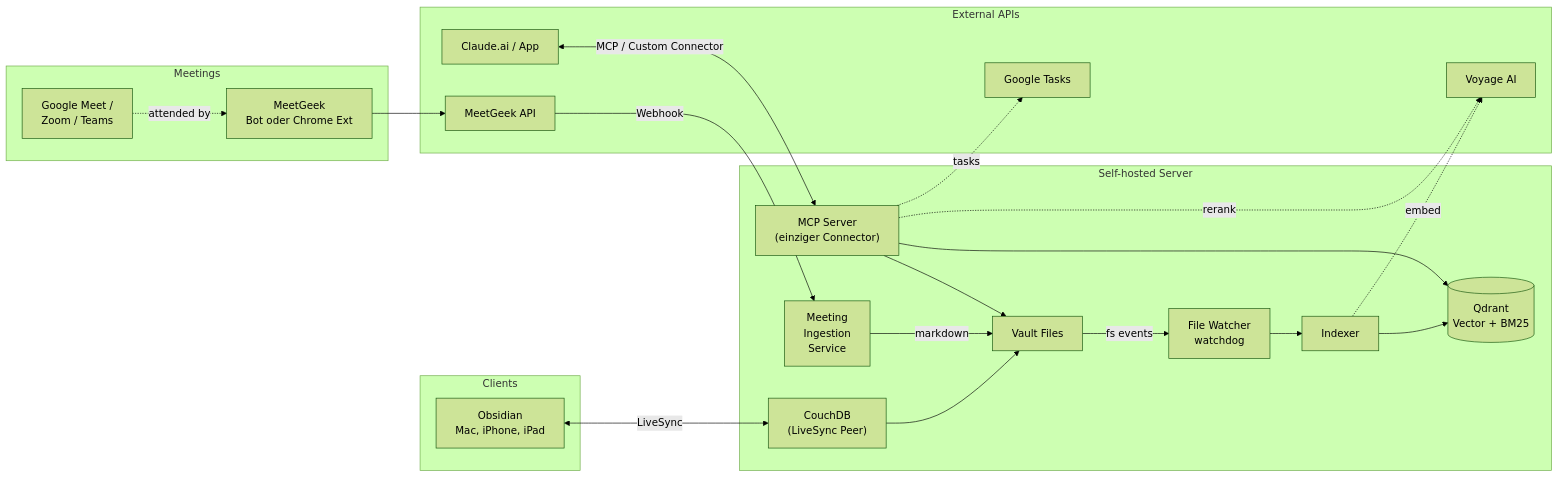
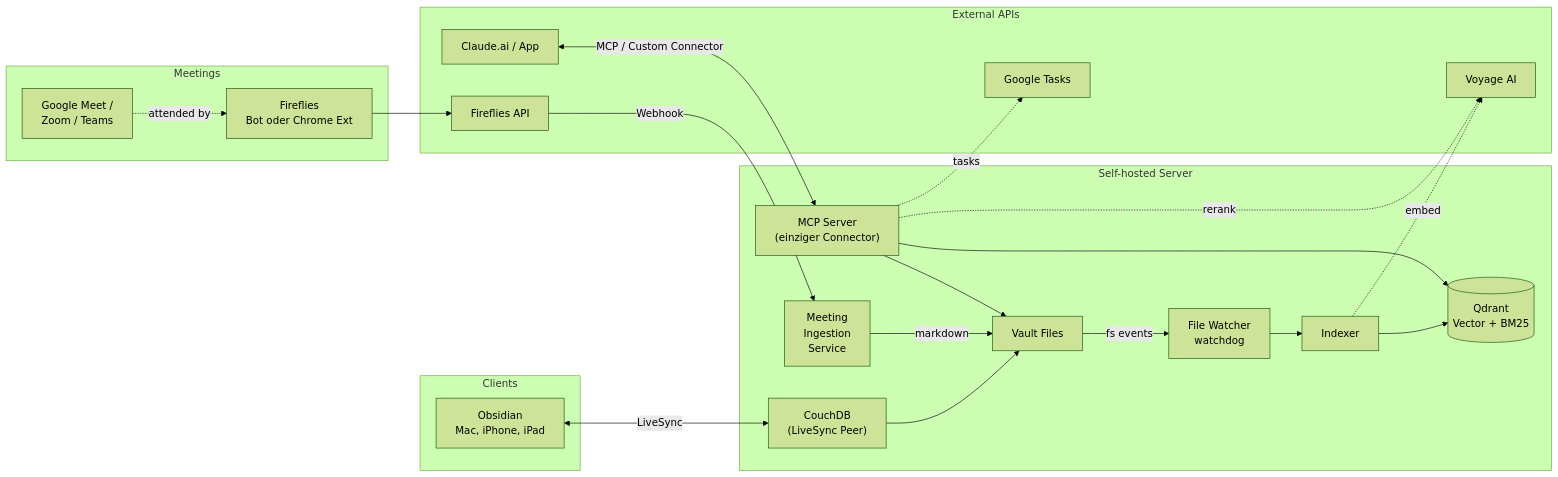
One commit to career1group-kd/second-brain changed the diagram in docs/architecture.md. Above: the diagram before and after it, drawn with Mermaid (forest theme). The commit also changed other lines of this file and 22 other files, not shown here.

First line of the commit message:
Remove MeetGeek integration, consolidate on Fireflies

````diff
--- a/docs/architecture.md
+++ b/docs/architecture.md
@@ -39,46 +39,46 @@
 ```mermaid
 flowchart LR
     subgraph Clients["Clients"]
         Obs["Obsidian<br/>Mac, iPhone, iPad"]
     end
 
     subgraph Meet["Meetings"]
         Call["Google Meet /<br/>Zoom / Teams"]
-        MGBot["MeetGeek<br/>Bot oder Chrome Ext"]
+        MGBot["Fireflies<br/>Bot oder Chrome Ext"]
     end
 
     subgraph Server["Self-hosted Server"]
         Couch["CouchDB<br/>(LiveSync Peer)"]
         Vault["Vault Files"]
         Watcher["File Watcher<br/>watchdog"]
         Indexer["Indexer"]
         Qdrant[("Qdrant<br/>Vector + BM25")]
         Ingest["Meeting<br/>Ingestion<br/>Service"]
         MCP["MCP Server<br/>(einziger Connector)"]
     end
 
     subgraph External["External APIs"]
         Voyage["Voyage AI"]
         Google["Google Tasks"]
-        MGAPI["MeetGeek API"]
+        MGAPI["Fireflies API"]
         ClaudeAI["Claude.ai / App"]
     end
 
     Obs <-->|LiveSync| Couch
     Couch --> Vault
     Vault -->|fs events| Watcher --> Indexer
     Indexer -.->|embed| Voyage
     Indexer --> Qdrant
 
     Call -.->|attended by| MGBot
     MGBot --> MGAPI
     MGAPI -->|Webhook| Ingest
     Ingest -->|markdown| Vault
 
     ClaudeAI <-->|MCP / Custom Connector| MCP
 
     MCP --> Qdrant
     MCP --> Vault
     MCP -.->|rerank| Voyage
     MCP -.->|tasks| Google
 ```
````
